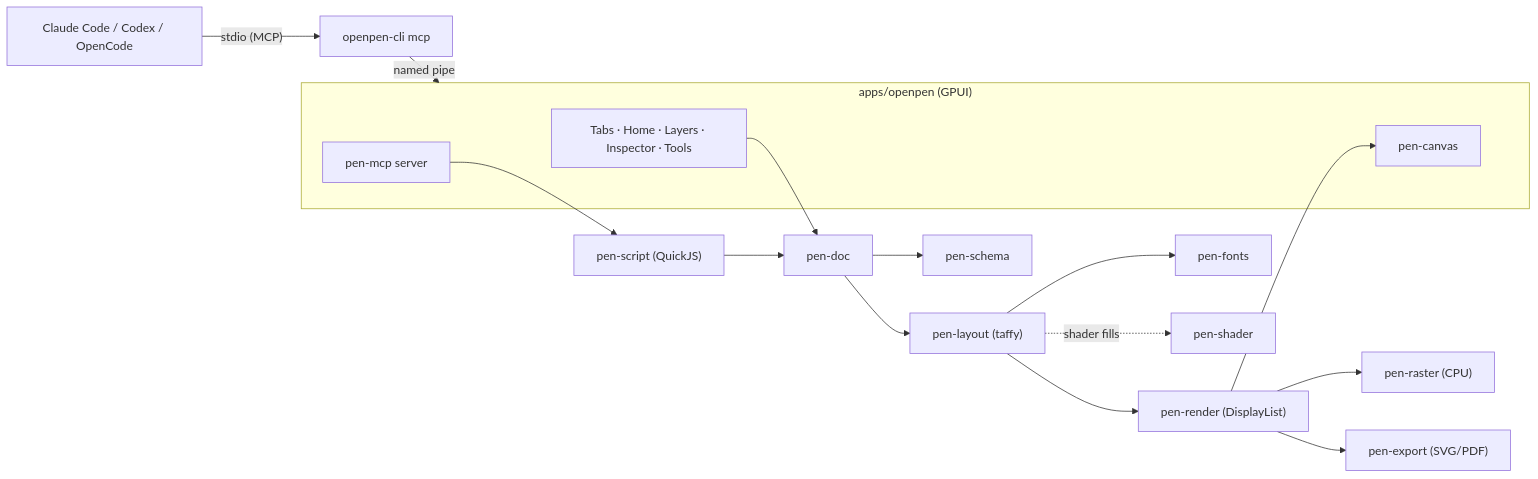
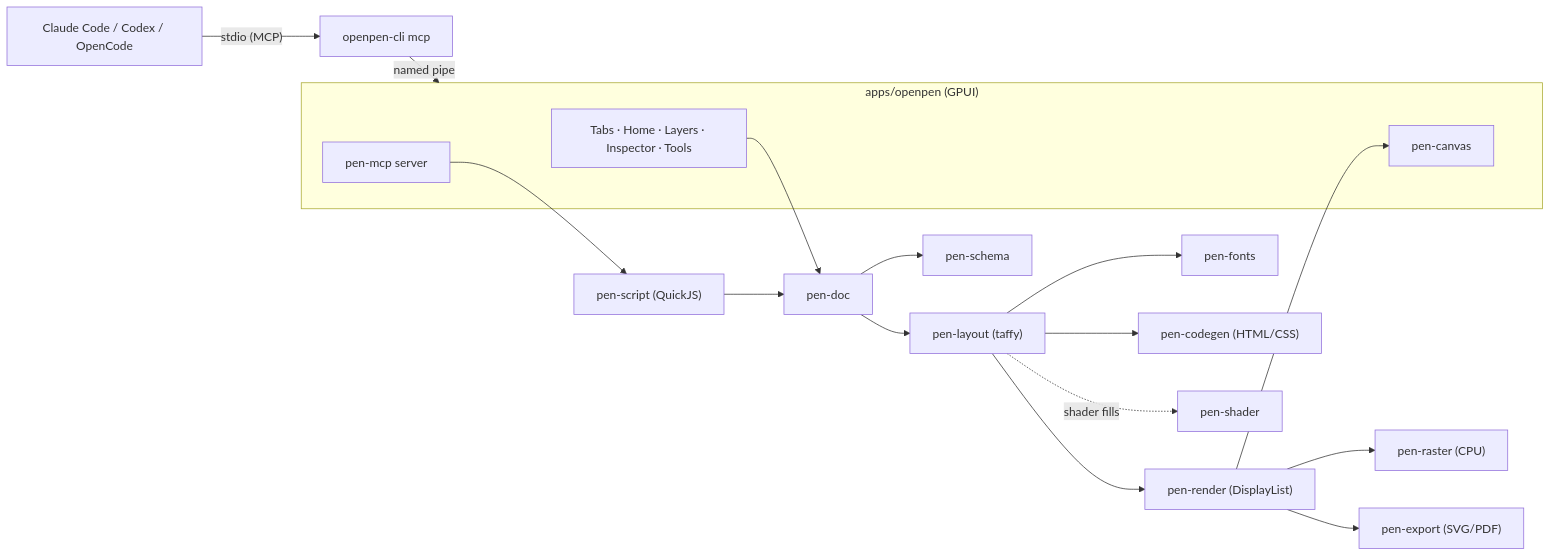
The diagram in README.md (BrunoMoraes-Z/OpenPen), drawn with Mermaid before and after one commit. The commit also changed other lines of this file, not shown here.

````diff
--- a/README.md
+++ b/README.md
@@ -256,23 +266,24 @@
 ```mermaid
 flowchart LR
     agent["Claude Code / Codex / OpenCode"] -- "stdio (MCP)" --> cli["openpen-cli mcp"]
     cli -- "named pipe" --> app
 
     subgraph app["apps/openpen (GPUI)"]
         ui["Tabs · Home · Layers · Inspector · Tools"]
         canvas["pen-canvas"]
         mcp["pen-mcp server"]
     end
 
     mcp --> script["pen-script (QuickJS)"]
     ui --> doc
     script --> doc["pen-doc"]
     doc --> schema["pen-schema"]
     doc --> layout["pen-layout (taffy)"]
     layout --> fonts["pen-fonts"]
     layout --> render["pen-render (DisplayList)"]
     render --> canvas
     render --> raster["pen-raster (CPU)"]
     render --> export["pen-export (SVG/PDF)"]
+    layout --> codegen["pen-codegen (HTML/CSS)"]
     layout -. shader fills .-> shader["pen-shader"]
 ```
````
